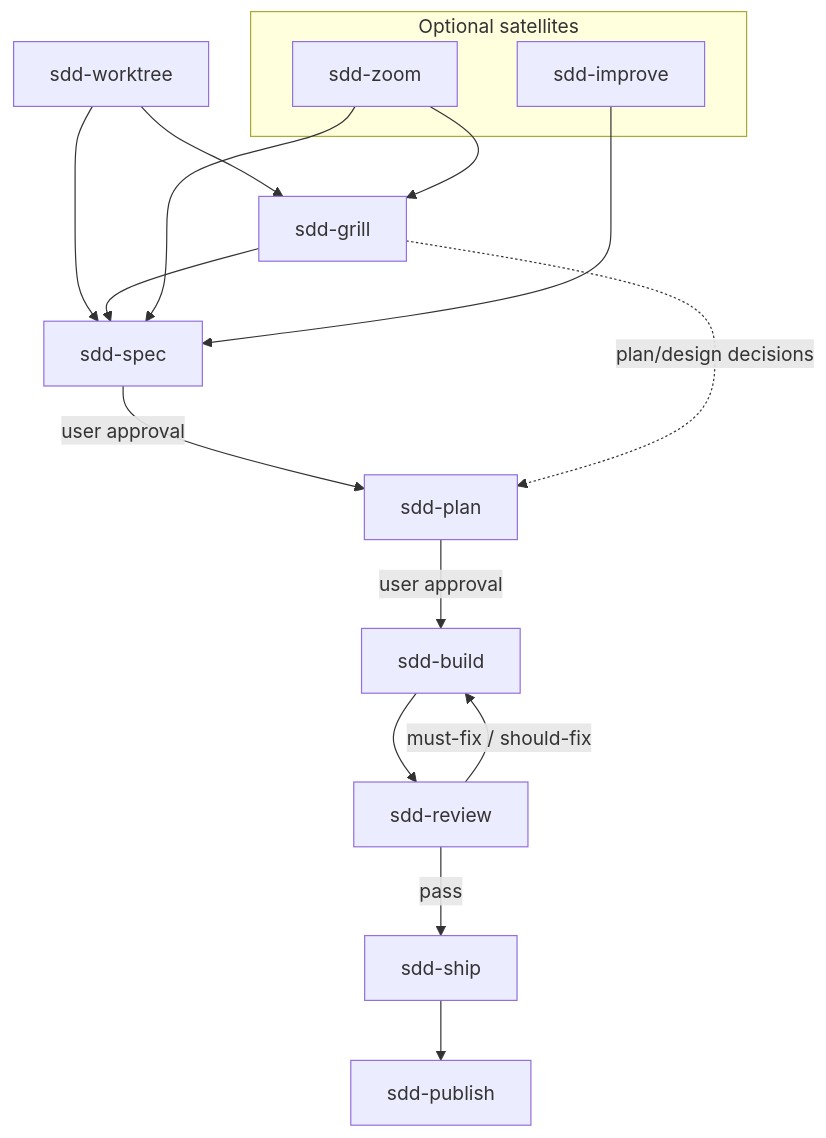
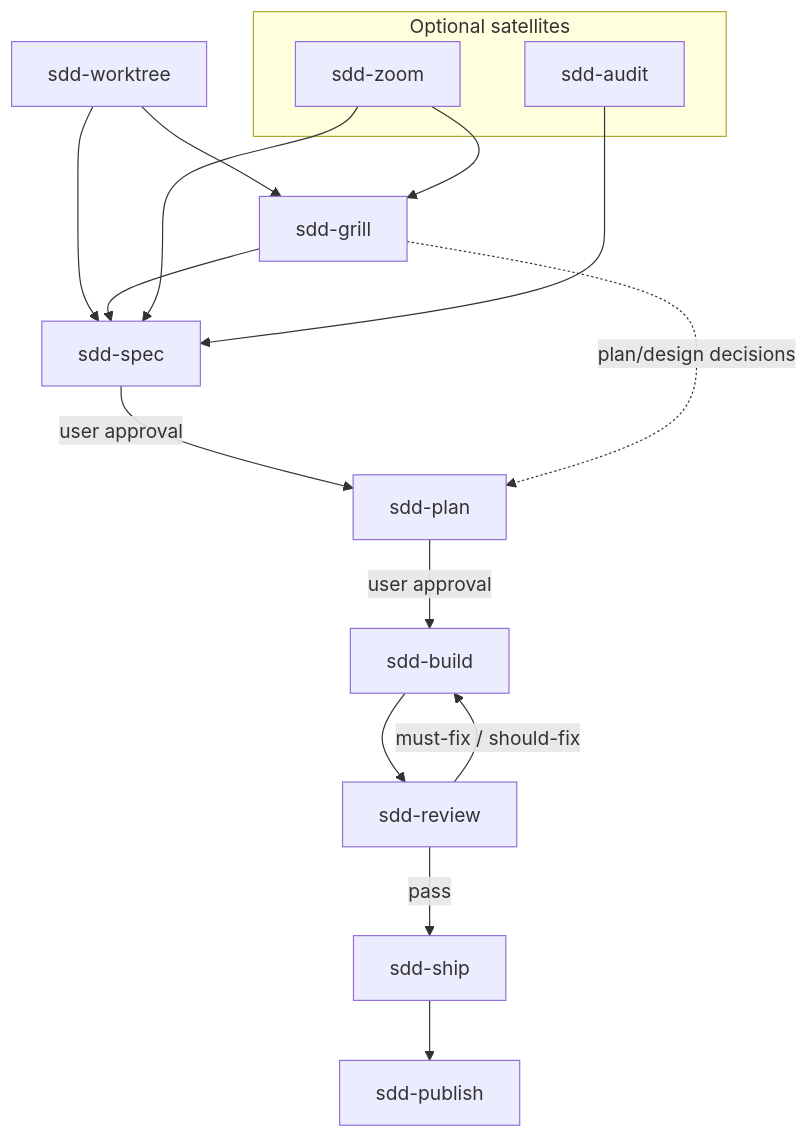
One commit to zhijunio/sdd-skills changed the diagram in README.md. Above: the diagram before and after it, drawn with Mermaid. The commit also changed other lines of this file and 21 other files, not shown here.

First line of the commit message:
refactor: sdd-improve 重命名为 sdd-audit 并同步 codebase-audit

````diff
--- a/README.md
+++ b/README.md
@@ -34,24 +34,24 @@
 ```mermaid
 flowchart TD
   W[sdd-worktree]
   G[sdd-grill]
   subgraph satellites["Optional satellites"]
     Z[sdd-zoom]
-    I[sdd-improve]
+    I[sdd-audit]
   end
 
   S[sdd-spec] -->|user approval| P[sdd-plan]
   P -->|user approval| B[sdd-build]
   B --> R[sdd-review]
   R -->|must-fix / should-fix| B
   R -->|pass| SH[sdd-ship]
   SH --> PUB[sdd-publish]
 
   W --> S
   W --> G
   G --> S
   G -.->|plan/design decisions| P
   Z --> S
   Z --> G
   I --> S
 ```
````
